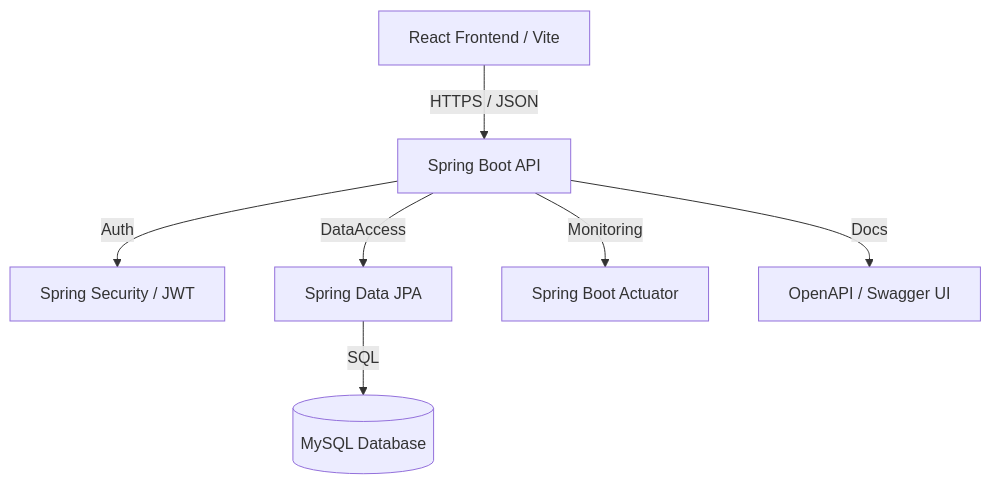
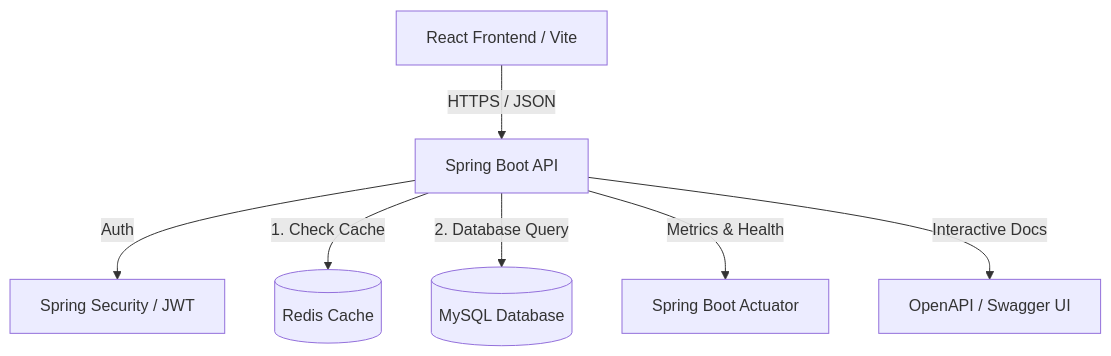
Before and after one commit to mrpython309/smartcart_ecom_springboot: the diagram in README.md, drawn with Mermaid. The commit also changed other lines of this file and 33 other files, not shown here.

````diff
--- a/README.md
+++ b/README.md
@@ -47,9 +41,9 @@
 ```mermaid
 graph TD
     Client[React Frontend / Vite] -->|HTTPS / JSON| API[Spring Boot API]
     API -->|Auth| Security[Spring Security / JWT]
-    API -->|DataAccess| JPA[Spring Data JPA]
-    JPA -->|SQL| DB[(MySQL Database)]
-    API -->|Monitoring| Actuator[Spring Boot Actuator]
-    API -->|Docs| Swagger[OpenAPI / Swagger UI]
+    API -->|1. Check Cache| Redis[(Redis Cache)]
+    API -->|2. Database Query| DB[(MySQL Database)]
+    API -->|Metrics & Health| Actuator[Spring Boot Actuator]
+    API -->|Interactive Docs| Swagger[OpenAPI / Swagger UI]
 ```
````
